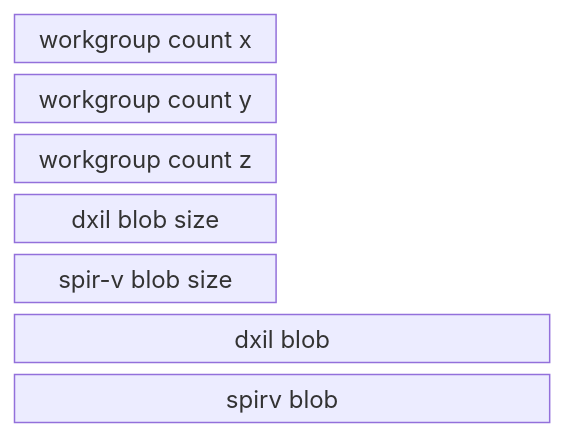
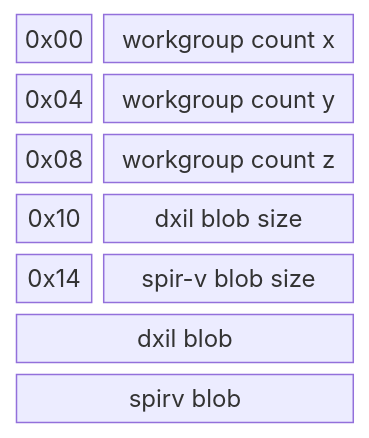
One commit to rtryan98/rhi changed the diagram in README.md. Above: the diagram before and after it, drawn with Mermaid.

Commit message:
Show addresses in diagram

````diff
--- a/README.md
+++ b/README.md
@@ -98,11 +98,11 @@
 ```mermaid
 block-beta
     columns 4
-    a["workgroup count x"]:4
-    b["workgroup count y"]:4
-    c["workgroup count z"]:4
-    d["dxil blob size"]:4
-    e["spir-v blob size"]:4
-    f["dxil blob"]:8
-    g["spirv blob"]:8
+    _a["0x00"]:1 a["workgroup count x"]:3
+    _b["0x04"]:1 b["workgroup count y"]:3
+    _c["0x08"]:1 c["workgroup count z"]:3
+    _d["0x10"]:1 d["dxil blob size"]:3
+    _e["0x14"]:1 e["spir-v blob size"]:3
+    f["dxil blob"]:4
+    g["spirv blob"]:4
 ```
````
